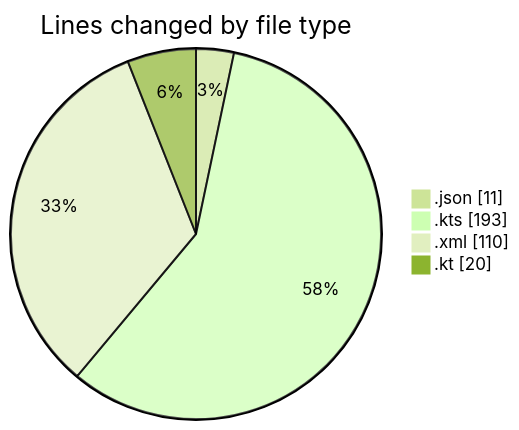
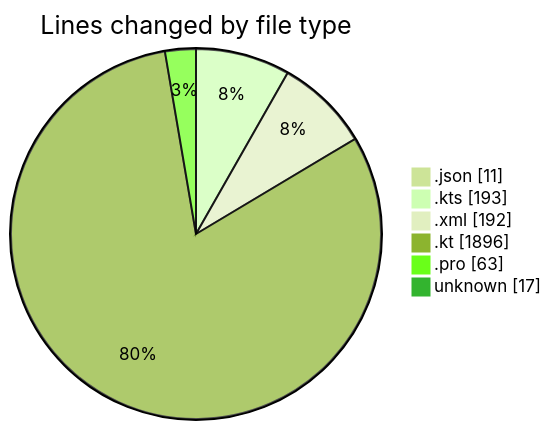
The first of 2 diagrams in 2026-04-07/t2s/README.md (Unknowalive/code-tracking), drawn with Mermaid (forest theme) before and after one commit. The commit also changed other lines of this file and 1 other file, not shown here.

````diff
--- a/2026-04-07/t2s/README.md
+++ b/2026-04-07/t2s/README.md
@@ -25,8 +56,10 @@
 ```mermaid
 pie showData
 title Lines changed by file type
 ".json" : 11
 ".kts" : 193
-".xml" : 110
-".kt" : 20
+".xml" : 192
+".kt" : 1896
+".pro" : 63
+"unknown" : 17
 ```
````
